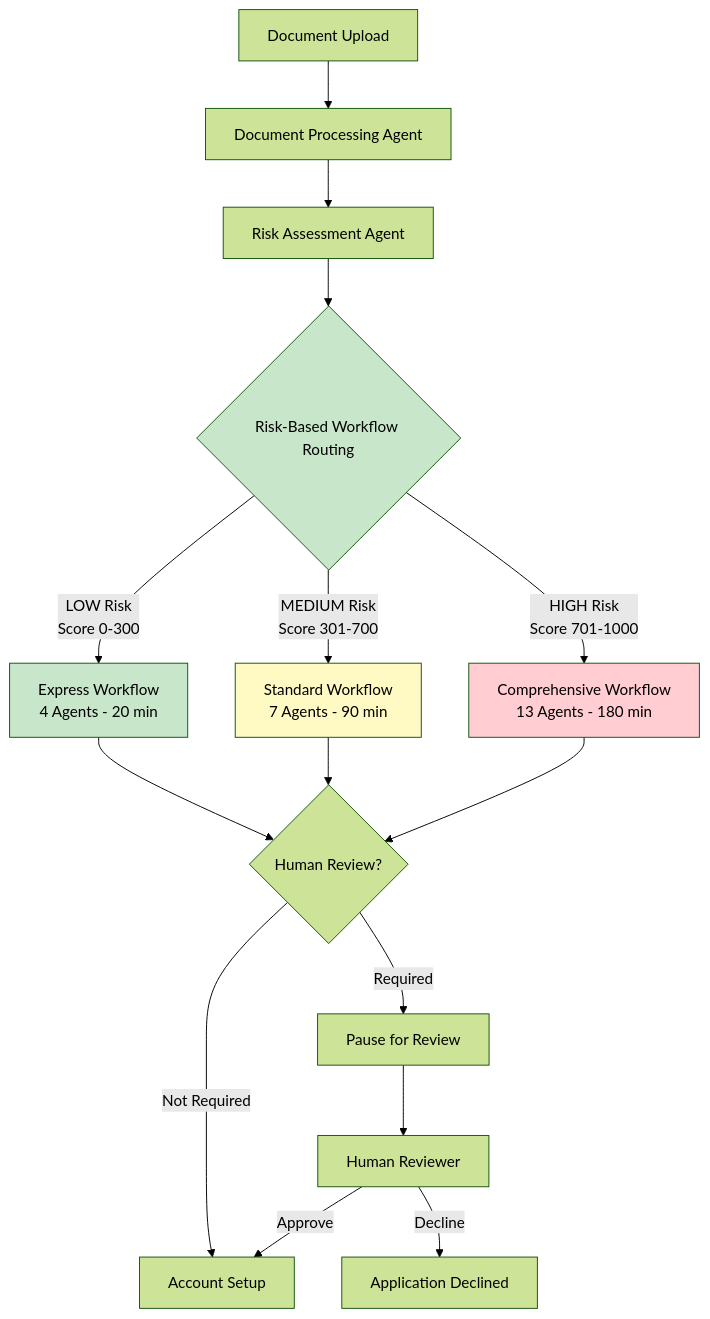
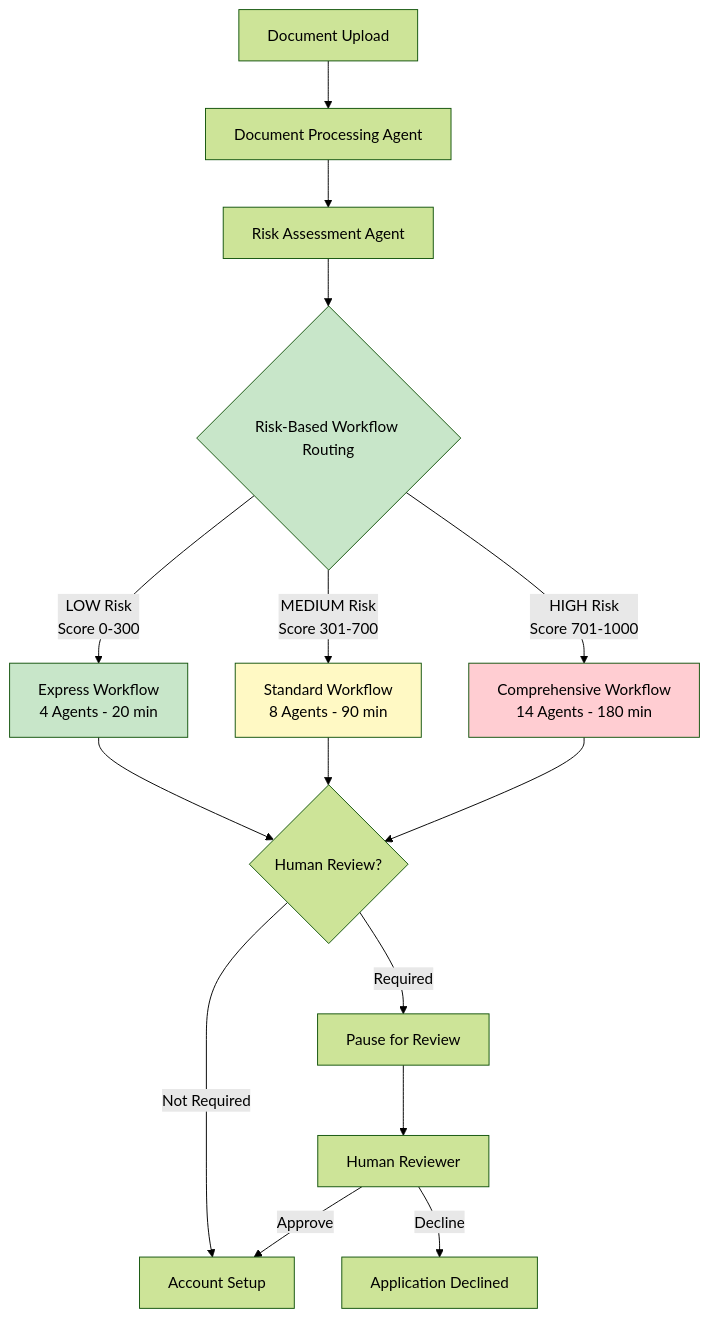
Before and after one commit to rishi154/merchant-onboarding: the first of 11 diagrams in merchant-onboarding/AI_Agent_Architecture_Diagrams.md, drawn with Mermaid (forest theme). The commit also changed other lines of this file and 21 other files, not shown here.

````diff
--- a/merchant-onboarding/AI_Agent_Architecture_Diagrams.md
+++ b/merchant-onboarding/AI_Agent_Architecture_Diagrams.md
@@ -6,26 +6,26 @@
 ```mermaid
 flowchart TD
     A[Document Upload] --> B[Document Processing Agent]
     B --> C[Risk Assessment Agent]
     C --> D{Risk-Based Workflow Routing}
     
     D -->|LOW Risk<br/>Score 0-300| E[Express Workflow<br/>4 Agents - 20 min]
-    D -->|MEDIUM Risk<br/>Score 301-700| F[Standard Workflow<br/>7 Agents - 90 min]
-    D -->|HIGH Risk<br/>Score 701-1000| G[Comprehensive Workflow<br/>13 Agents - 180 min]
+    D -->|MEDIUM Risk<br/>Score 301-700| F[Standard Workflow<br/>8 Agents - 90 min]
+    D -->|HIGH Risk<br/>Score 701-1000| G[Comprehensive Workflow<br/>14 Agents - 180 min]
     
     E --> H{Human Review?}
     F --> H
     G --> H
     
     H -->|Required| I[Pause for Review]
     H -->|Not Required| J[Account Setup]
     
     I --> K[Human Reviewer]
     K -->|Approve| J
     K -->|Decline| L[Application Declined]
     
     style D fill:#c8e6c9
     style E fill:#c8e6c9
     style F fill:#fff9c4
     style G fill:#ffcdd2
 ```
````
